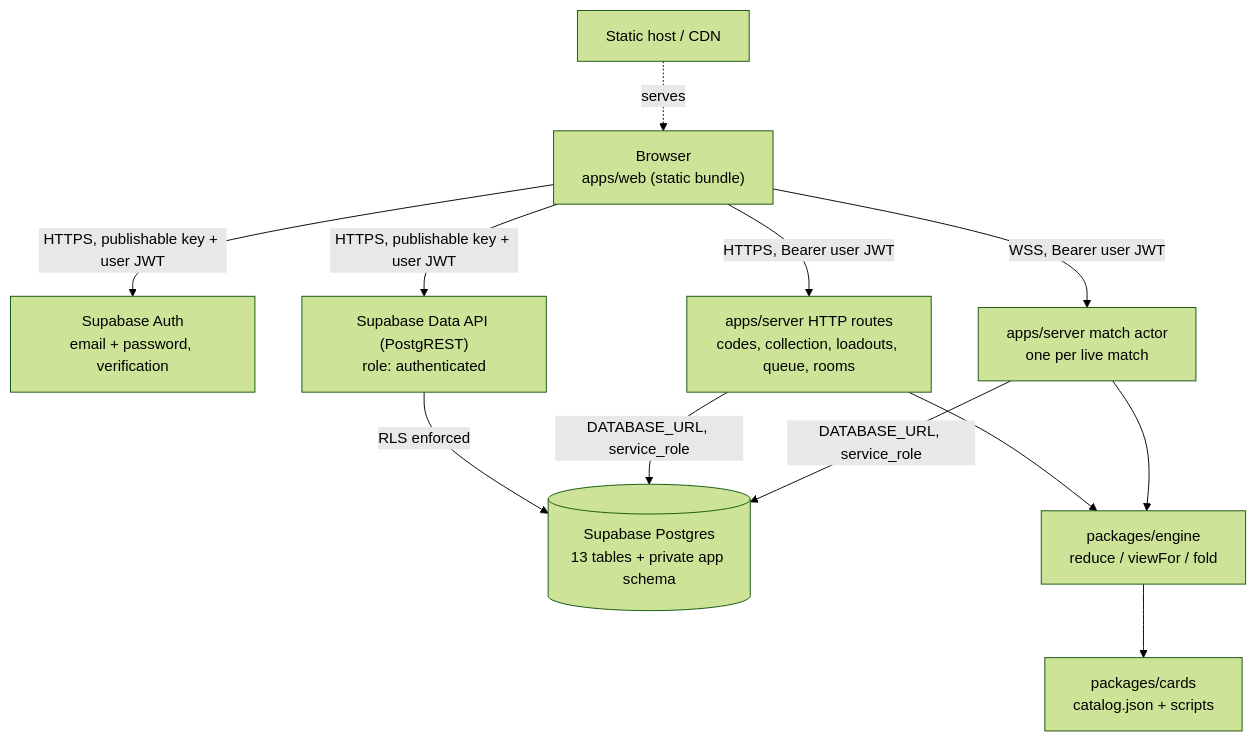
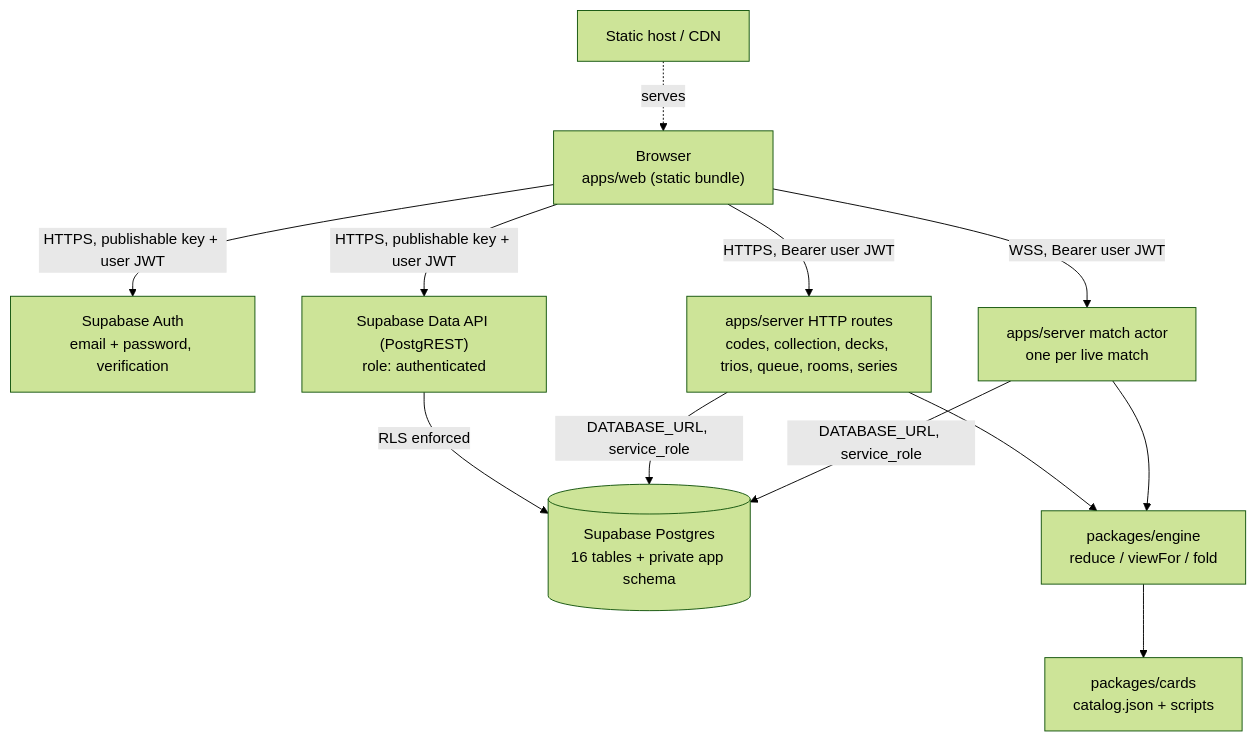
One commit to jgoetzmann/JackiOh changed the diagram in docs/architecture.md. Above: the diagram before and after it, drawn with Mermaid (forest theme). The commit also changed other lines of this file and 117 other files, not shown here.

````diff
--- a/docs/architecture.md
+++ b/docs/architecture.md
@@ -16,24 +16,24 @@
 ```mermaid
 flowchart TD
   B["Browser<br/>apps/web (static bundle)"]
   CDN["Static host / CDN"]
   AUTH["Supabase Auth<br/>email + password, verification"]
   PGR["Supabase Data API (PostgREST)<br/>role: authenticated"]
-  API["apps/server HTTP routes<br/>codes, collection, loadouts, queue, rooms"]
+  API["apps/server HTTP routes<br/>codes, collection, decks, trios, queue, rooms, series"]
   ACT["apps/server match actor<br/>one per live match"]
-  PG[("Supabase Postgres<br/>13 tables + private app schema")]
+  PG[("Supabase Postgres<br/>16 tables + private app schema")]
   ENG["packages/engine<br/>reduce / viewFor / fold"]
   CAT["packages/cards<br/>catalog.json + scripts"]
 
   CDN -.serves.-> B
   B -->|HTTPS, publishable key + user JWT| AUTH
   B -->|HTTPS, publishable key + user JWT| PGR
   B -->|HTTPS, Bearer user JWT| API
   B -->|WSS, Bearer user JWT| ACT
   PGR -->|RLS enforced| PG
   API -->|DATABASE_URL, service_role| PG
   ACT -->|DATABASE_URL, service_role| PG
   API --> ENG
   ACT --> ENG
   ENG --> CAT
 ```
````
